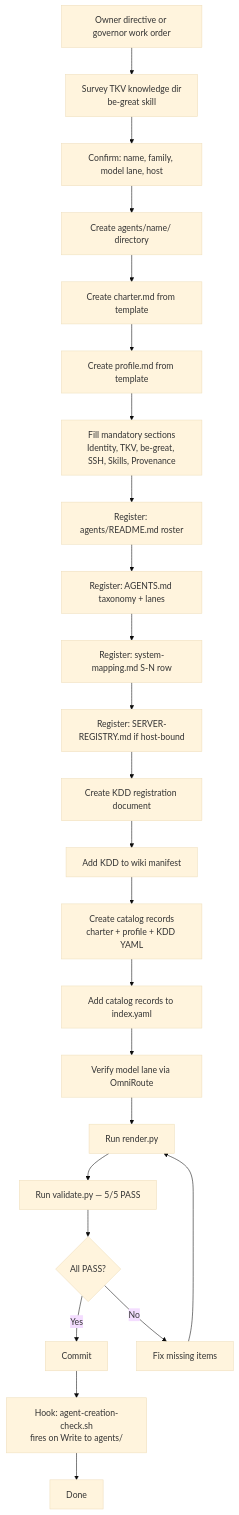
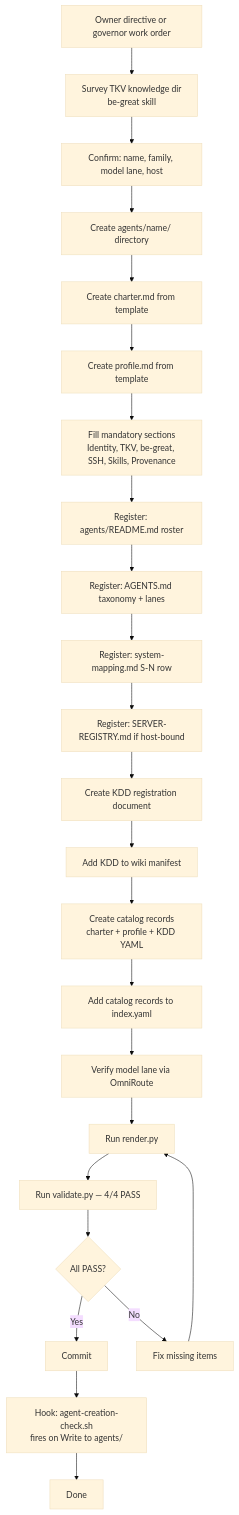
The diagram in governace/process/agent-creation-workflow.md (Hana-X-AI/HX-ASF-Servers), drawn with Mermaid (base theme) before and after one commit. The commit also changed other lines of this file and 25 other files, not shown here.

````diff
--- a/governace/process/agent-creation-workflow.md
+++ b/governace/process/agent-creation-workflow.md
@@ -3,26 +3,26 @@
 ```mermaid
 flowchart TD
     A[Owner directive or governor work order] --> B[Survey TKV knowledge dir\nbe-great skill]
     B --> C[Confirm: name, family, model lane, host]
     C --> D[Create agents/name/ directory]
     D --> E[Create charter.md from template]
     E --> F[Create profile.md from template]
     F --> G[Fill mandatory sections\nIdentity, TKV, be-great, SSH, Skills, Provenance]
     G --> H[Register: agents/README.md roster]
     H --> I[Register: AGENTS.md taxonomy + lanes]
     I --> J[Register: system-mapping.md S-N row]
     J --> K[Register: SERVER-REGISTRY.md if host-bound]
     K --> L[Create KDD registration document]
     L --> M[Add KDD to wiki manifest]
     M --> N[Create catalog records\ncharter + profile + KDD YAML]
     N --> O[Add catalog records to index.yaml]
     O --> P[Verify model lane via OmniRoute]
     P --> Q[Run render.py]
-    Q --> R[Run validate.py — 5/5 PASS]
+    Q --> R[Run validate.py — 4/4 PASS]
     R --> S{All PASS?}
     S -->|Yes| T[Commit]
     S -->|No| U[Fix missing items]
     U --> Q
     T --> V[Hook: agent-creation-check.sh\nfires on Write to agents/]
     V --> W[Done]
 ```
````
